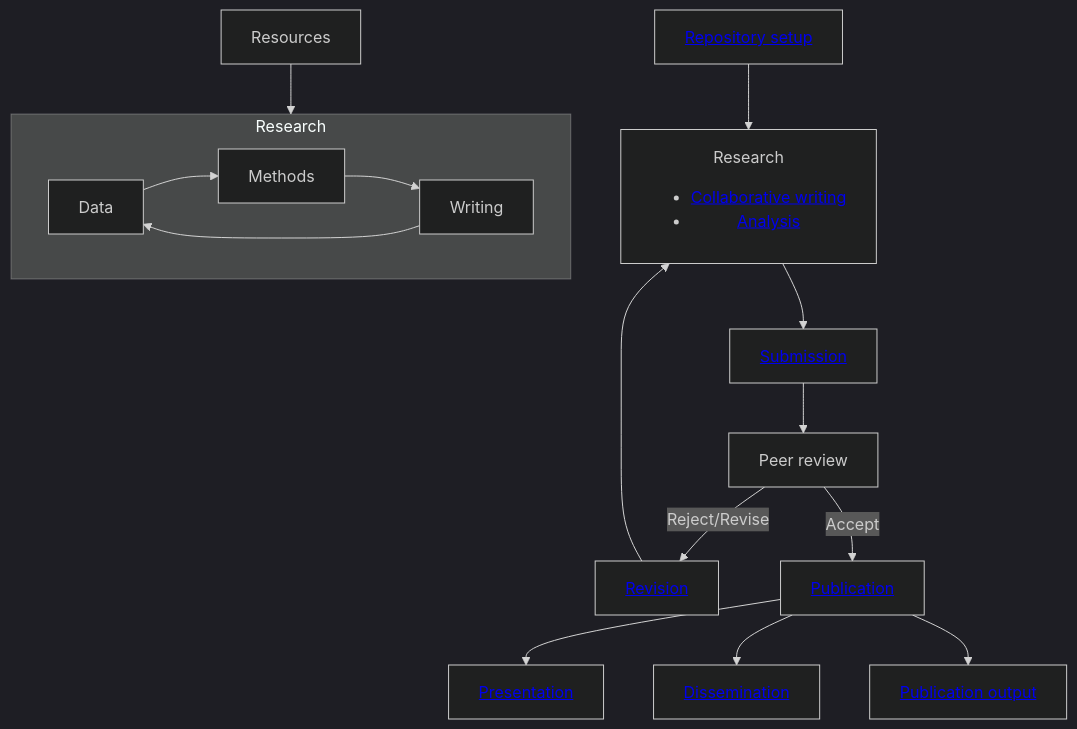
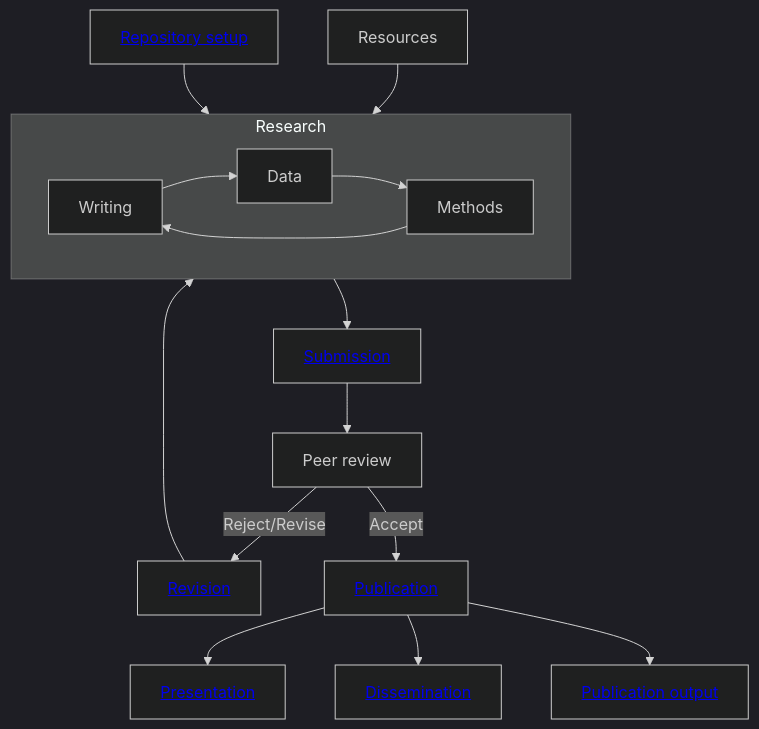
One commit to digital-work-lab/handbook changed the diagram in docs/20-research/20_processes/20.02.sop.md. Above: the diagram before and after it, drawn with Mermaid (dark theme). The commit also changed other lines of this file, not shown here.

Commit message:
update SOP

````diff
--- a/docs/20-research/20_processes/20.02.sop.md
+++ b/docs/20-research/20_processes/20.02.sop.md
@@ -15,21 +15,21 @@
 ```mermaid
 flowchart TB
 
     subgraph Research
+        Writing --> Data
+        Methods --> Writing
         Data --> Methods
-        Methods --> Writing
-        Writing --> Data
     end
 
-    A["<a href='20.20.paper-templates.html#setup'>Repository setup</a>"] --> C["Research<ul><li><a href='20.20.paper-templates.html#workflow'>Collaborative writing</a></li><li><a href='20.21.analysis-templates.html'>Analysis</a></ul>"]
     B[Resources] --> Research
-    C --> D["<a href='20.30.pre-submission.html'>Submission</a>"]
+    A["<a href='20.20.paper-templates.html#setup'>Repository setup</a>"] --> Research
+    Research --> D["<a href='20.30.pre-submission.html'>Submission</a>"]
     D --> E[Peer review]
     E -->|Reject/Revise| F["<a href='20.32.revision.html'>Revision</a>"]
-    F --> C
+    F --> Research
     
     E -->|Accept| G["<a href='20.33.publication.html'>Publication</a>"]
     G --> H["<a href='20.28.presentation.html'>Presentation</a>"]
     G --> I["<a href='20.34.dissemination.html'>Dissemination</a>"]
     G --> J["<a href='../29-publications.html'>Publication output</a>"]
 ```
````
